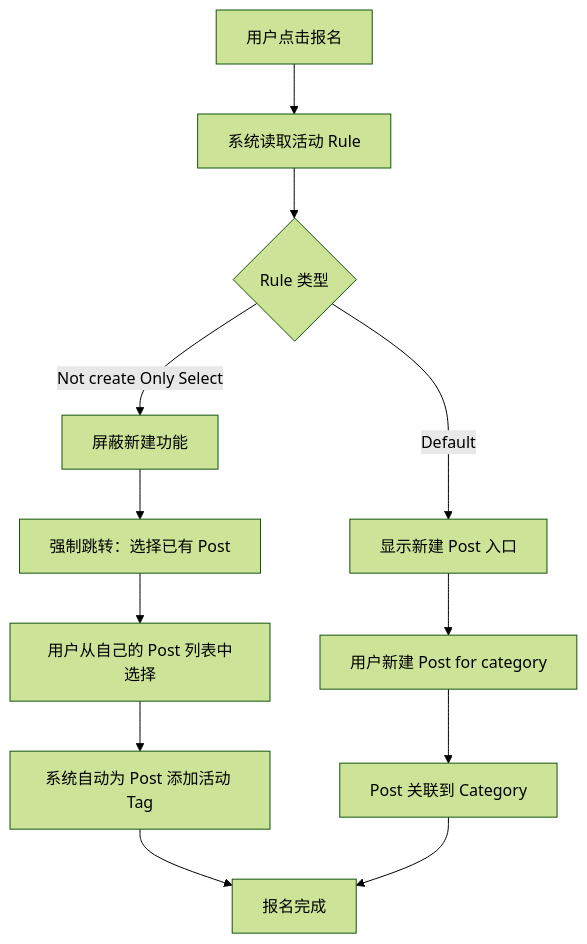
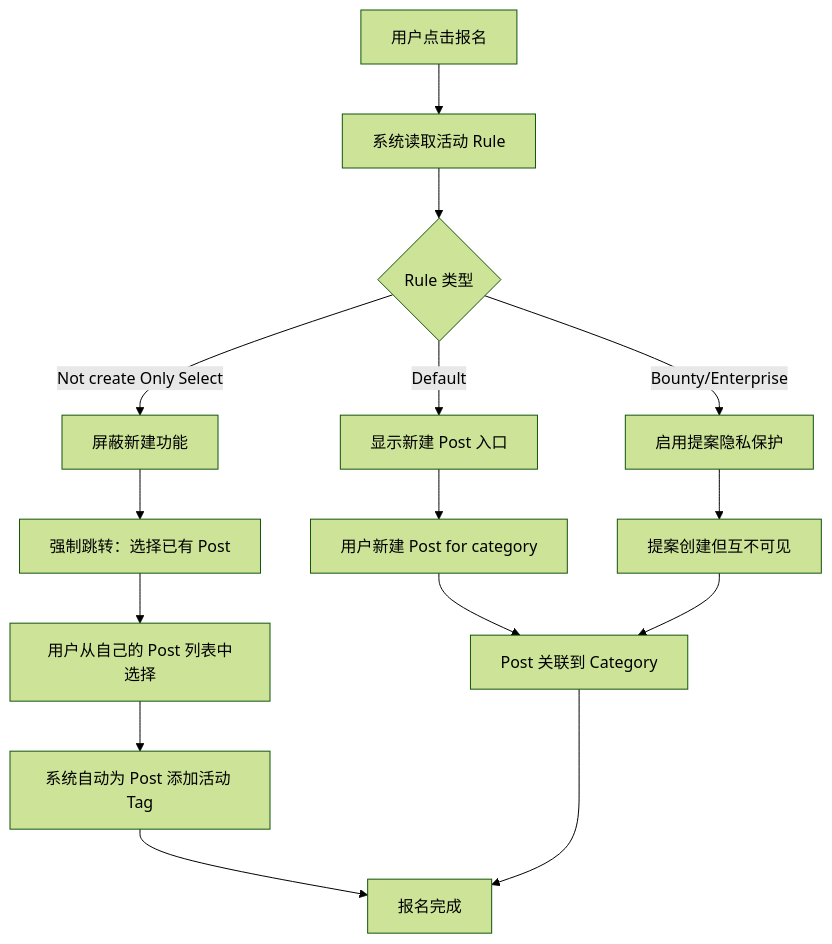
The eighth of 8 diagrams in docs/user-journeys.md (H2OSLabs/SynnovatorZero), drawn with Mermaid (forest theme) before and after one commit. The commit also changed other lines of this file and 8 other files, not shown here.

````diff
--- a/docs/user-journeys.md
+++ b/docs/user-journeys.md
@@ -434,14 +483,17 @@
 ```mermaid
 flowchart TD
     A[用户点击报名] --> B[系统读取活动 Rule]
     B --> C{Rule 类型}
     C -->|Default| D[显示新建 Post 入口]
     C -->|Not create Only Select| E[屏蔽新建功能]
-    D --> F[用户新建 Post for category]
-    E --> G[强制跳转：选择已有 Post]
-    G --> H[用户从自己的 Post 列表中选择]
-    H --> I[系统自动为 Post 添加活动 Tag]
-    I --> J[报名完成]
-    F --> K[Post 关联到 Category]
-    K --> J
+    C -->|Bounty/Enterprise| F[启用提案隐私保护]
+    D --> G[用户新建 Post for category]
+    E --> H[强制跳转：选择已有 Post]
+    F --> I[提案创建但互不可见]
+    H --> J[用户从自己的 Post 列表中选择]
+    J --> K[系统自动为 Post 添加活动 Tag]
+    K --> L[报名完成]
+    G --> M[Post 关联到 Category]
+    I --> M
+    M --> L
 ```
````
